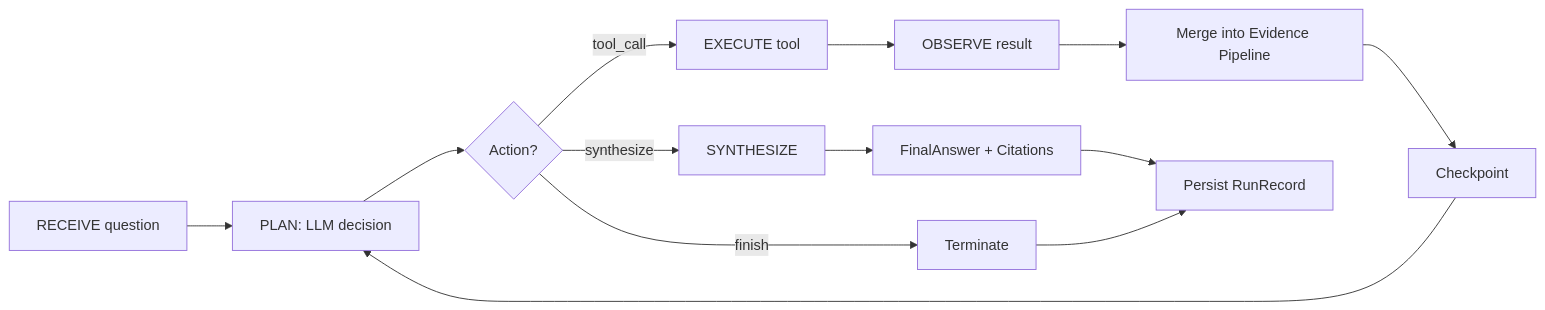
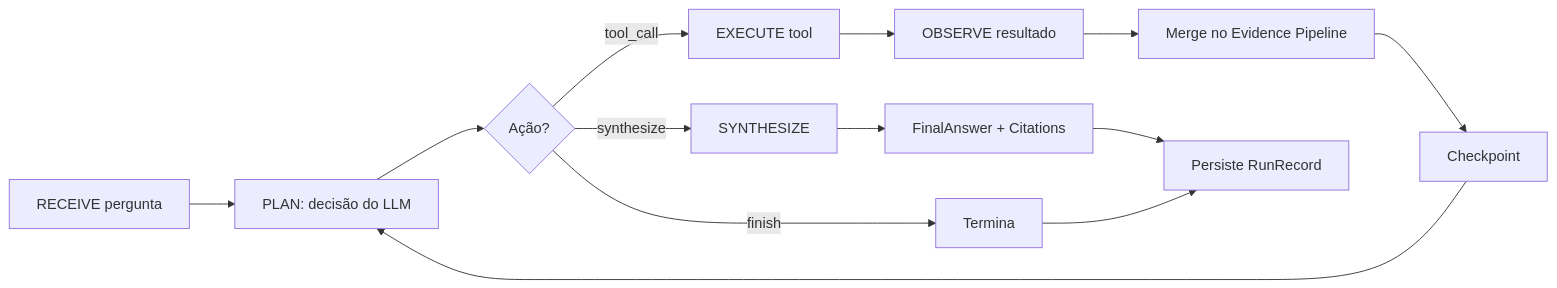
The second of 3 diagrams in README.md (leonardotteixeira/ai-research-agent), drawn with Mermaid before and after one commit. The commit also changed other lines of this file and 2 other files, not shown here.

````diff
--- a/README.md
+++ b/README.md
@@ -118,15 +118,15 @@
 ```mermaid
 flowchart LR
-    A[RECEIVE question] --> B[PLAN: LLM decision]
-    B --> C{Action?}
+    A[RECEIVE pergunta] --> B[PLAN: decisão do LLM]
+    B --> C{Ação?}
     C -->|tool_call| D[EXECUTE tool]
-    D --> E[OBSERVE result]
-    E --> F[Merge into Evidence Pipeline]
+    D --> E[OBSERVE resultado]
+    E --> F[Merge no Evidence Pipeline]
     F --> G[Checkpoint]
     G --> B
-    C -->|finish| H[Terminate]
+    C -->|finish| H[Termina]
     C -->|synthesize| I[SYNTHESIZE]
     I --> J[FinalAnswer + Citations]
-    J --> K[Persist RunRecord]
+    J --> K[Persiste RunRecord]
     H --> K
 ```
````
